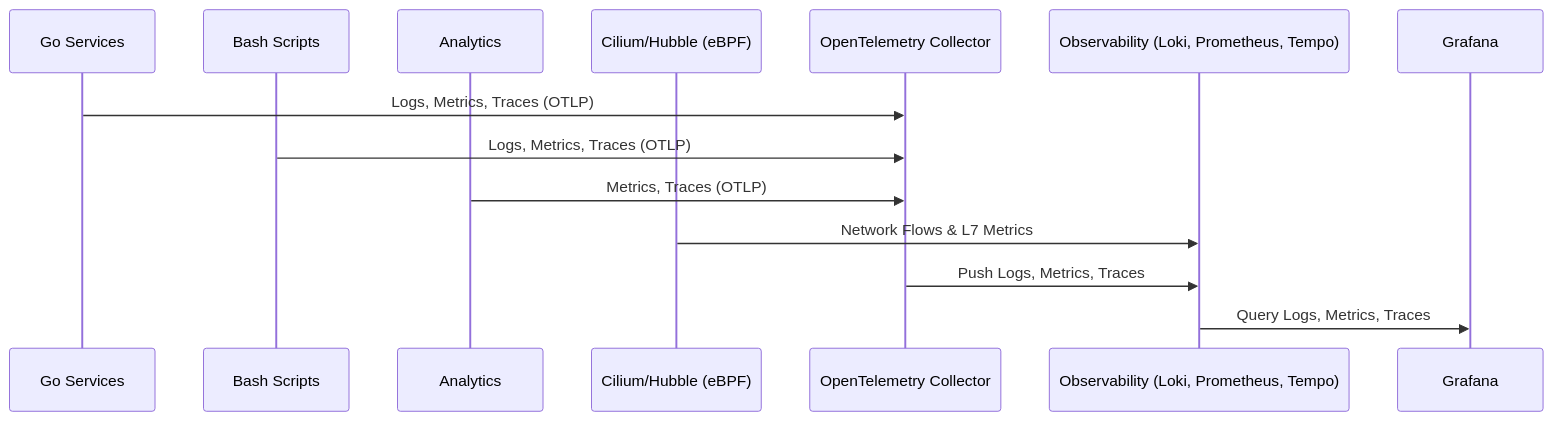
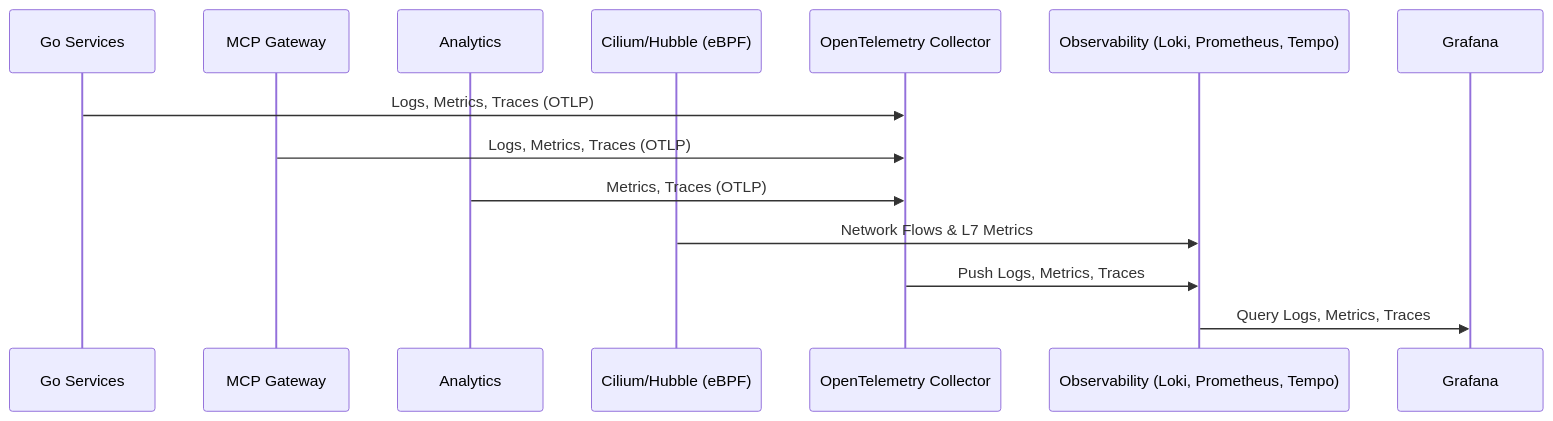
The diagram in docs/architecture/infrastructure/deployment.md (victoriacheng15/observability-hub), drawn with Mermaid before and after one commit. The commit also changed 7 other files, not shown here.

Commit message:
docs(mcp): align architectural blueprints with unified gateway model (#331)

````diff
--- a/docs/architecture/infrastructure/deployment.md
+++ b/docs/architecture/infrastructure/deployment.md
@@ -40,18 +40,18 @@
 ```mermaid
 sequenceDiagram
     participant App as Go Services
-    participant Script as Bash Scripts
+    participant MCP as MCP Gateway
     participant Analytics_Agent as Analytics
     participant Cilium as Cilium/Hubble (eBPF)
     participant OTel_Collector as OpenTelemetry Collector
     participant Observability as Observability (Loki, Prometheus, Tempo)
     participant Grafana as Grafana
 
     App->>OTel_Collector: Logs, Metrics, Traces (OTLP)
-    Script->>OTel_Collector: Logs, Metrics, Traces (OTLP)
+    MCP->>OTel_Collector: Logs, Metrics, Traces (OTLP)
     Analytics_Agent->>OTel_Collector: Metrics, Traces (OTLP)
     Cilium->>Observability: Network Flows & L7 Metrics
 
     OTel_Collector->>Observability: Push Logs, Metrics, Traces
     Observability->>Grafana: Query Logs, Metrics, Traces
 ```
````
